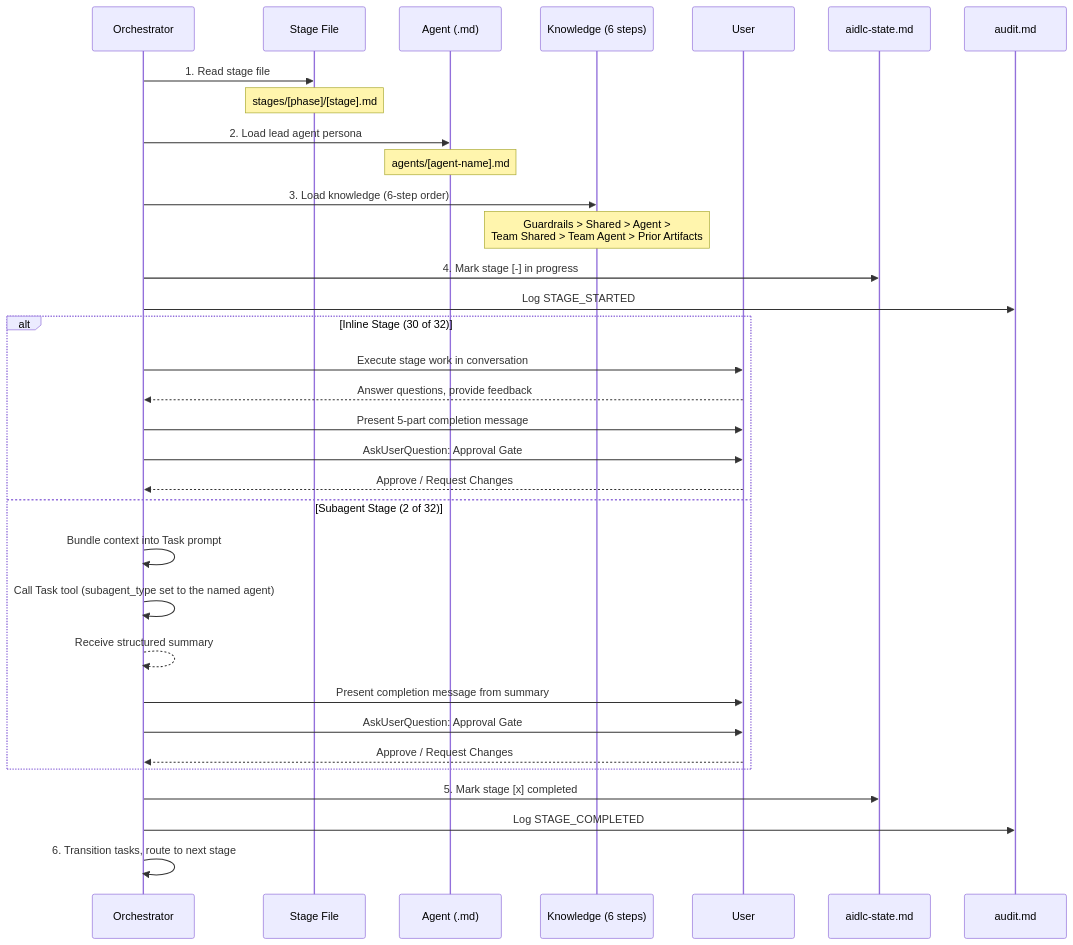
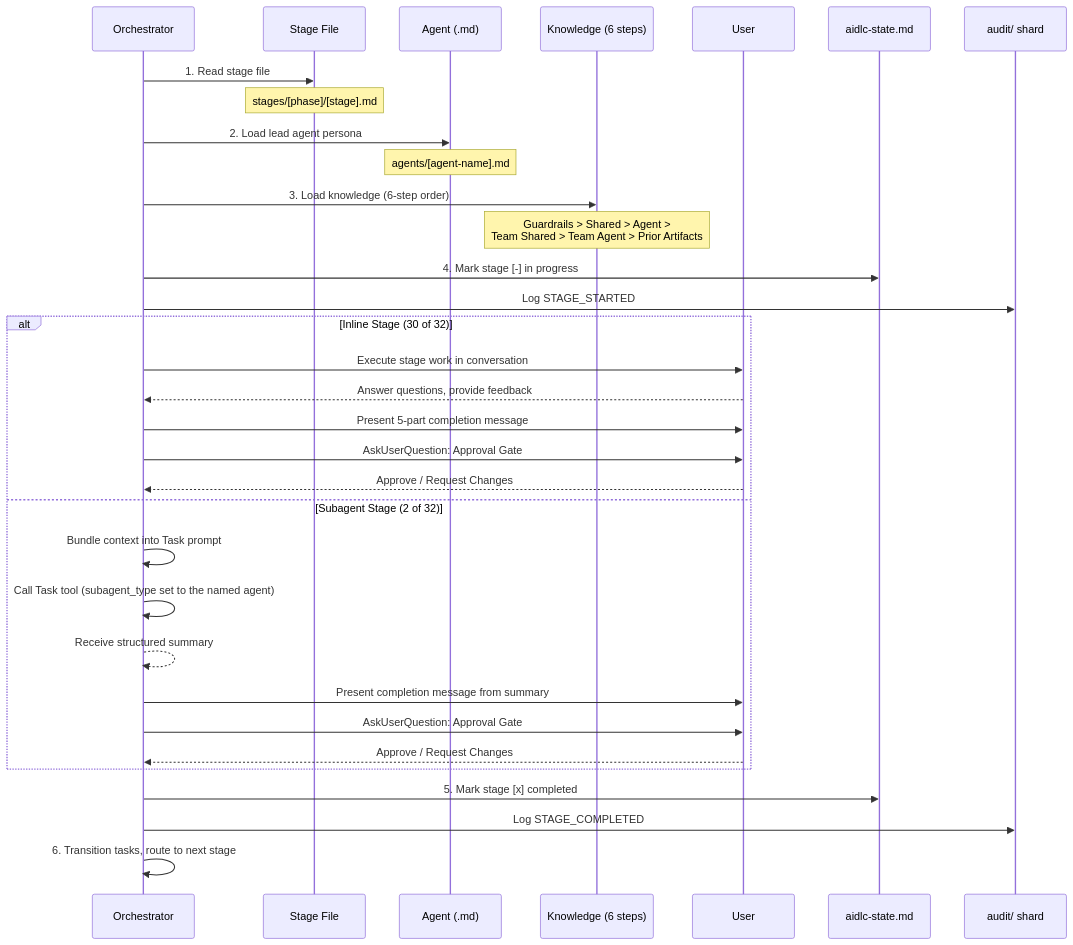
One commit to awslabs/aidlc-workflows changed the second of 4 diagrams in docs/reference/03-orchestrator.md. Above: the diagram before and after it, drawn with Mermaid. The commit also changed other lines of this file and 169 other files, not shown here.

````diff
--- a/docs/reference/03-orchestrator.md
+++ b/docs/reference/03-orchestrator.md
@@ -298,41 +298,41 @@
 ```mermaid
 sequenceDiagram
     participant O as Orchestrator
     participant SF as Stage File
     participant A as Agent (.md)
     participant K as Knowledge (6 steps)
     participant U as User
     participant S as aidlc-state.md
-    participant AU as audit.md
+    participant AU as audit/ shard
 
     O->>SF: 1. Read stage file
     Note over SF: stages/[phase]/[stage].md
 
     O->>A: 2. Load lead agent persona
     Note over A: agents/[agent-name].md
 
     O->>K: 3. Load knowledge (6-step order)
     Note over K: Guardrails > Shared > Agent ><br/>Team Shared > Team Agent > Prior Artifacts
 
     O->>S: 4. Mark stage [-] in progress
     O->>AU: Log STAGE_STARTED
 
     alt Inline Stage (30 of 32)
         O->>U: Execute stage work in conversation
         U-->>O: Answer questions, provide feedback
         O->>U: Present 5-part completion message
         O->>U: AskUserQuestion: Approval Gate
         U-->>O: Approve / Request Changes
     else Subagent Stage (2 of 32)
         O->>O: Bundle context into Task prompt
         O->>O: Call Task tool (subagent_type set to the named agent)
         O-->>O: Receive structured summary
         O->>U: Present completion message from summary
         O->>U: AskUserQuestion: Approval Gate
         U-->>O: Approve / Request Changes
     end
 
     O->>S: 5. Mark stage [x] completed
     O->>AU: Log STAGE_COMPLETED
     O->>O: 6. Transition tasks, route to next stage
 ```
````
